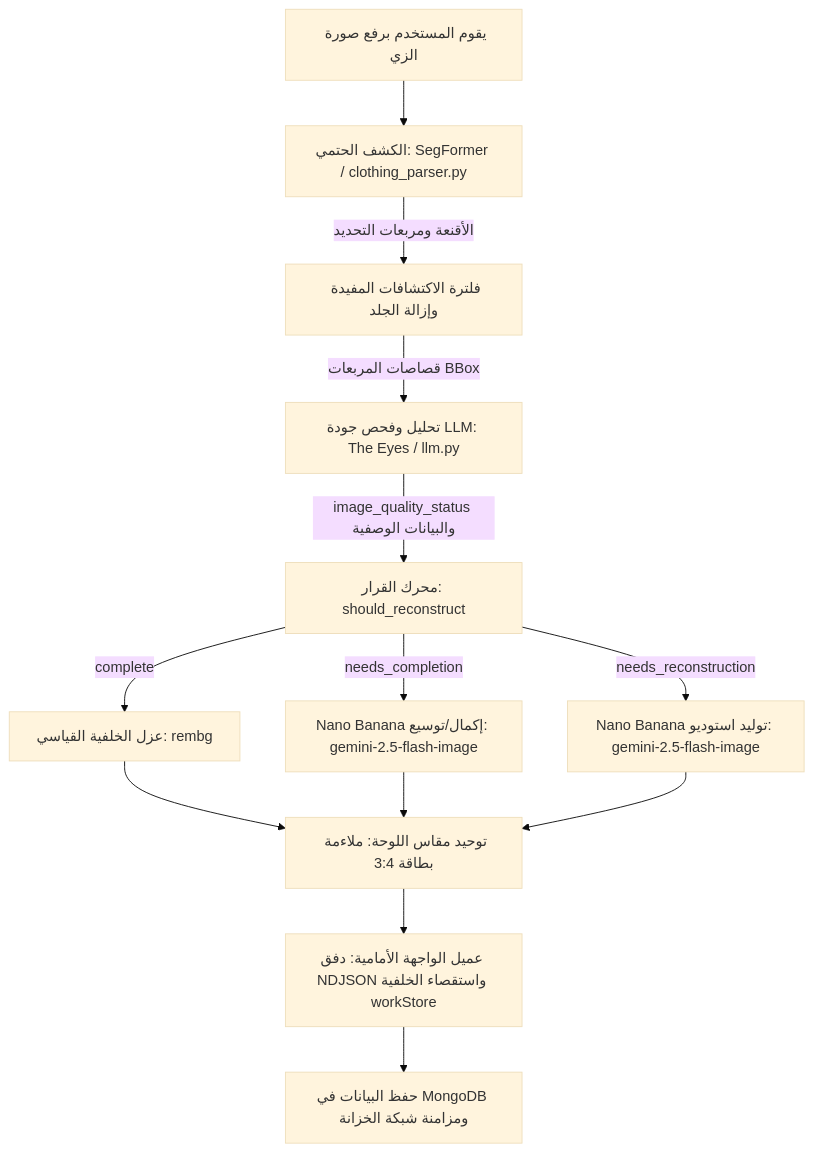
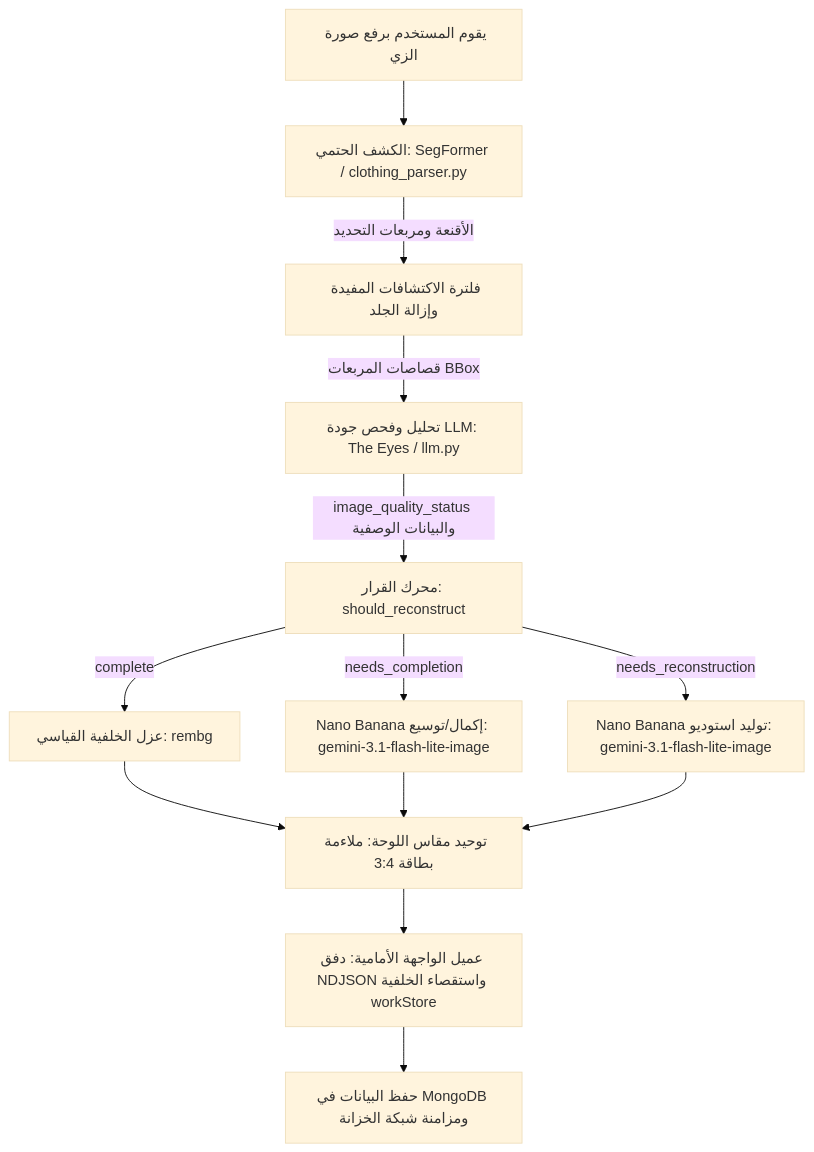
The diagram in wiki/ar/garmentvision.md (Yoram-Jacobs/DressAppV1), drawn with Mermaid (base theme) before and after one commit. The commit also changed other lines of this file and 66 other files, not shown here.

````diff
--- a/wiki/ar/garmentvision.md
+++ b/wiki/ar/garmentvision.md
@@ -18,17 +18,17 @@
 ```mermaid
 graph TD
     A[يقوم المستخدم برفع صورة الزي] --> B[الكشف الحتمي: SegFormer / clothing_parser.py]
     B -->|الأقنعة ومربعات التحديد| C[فلترة الاكتشافات المفيدة وإزالة الجلد]
     C -->|قصاصات المربعات BBox| D[تحليل وفحص جودة LLM: The Eyes / llm.py]
     D -->|image_quality_status والبيانات الوصفية| E[محرك القرار: should_reconstruct]
     
     E -->|complete| F[عزل الخلفية القياسي: rembg]
-    E -->|needs_completion| G[Nano Banana إكمال/توسيع: gemini-2.5-flash-image]
-    E -->|needs_reconstruction| H[Nano Banana توليد استوديو: gemini-2.5-flash-image]
+    E -->|needs_completion| G[Nano Banana إكمال/توسيع: gemini-3.1-flash-lite-image]
+    E -->|needs_reconstruction| H[Nano Banana توليد استوديو: gemini-3.1-flash-lite-image]
     
     F --> I[توحيد مقاس اللوحة: ملاءمة بطاقة 3:4]
     G --> I
     H --> I
     I --> J[عميل الواجهة الأمامية: دفق NDJSON واستقصاء الخلفية workStore]
     J --> K[حفظ البيانات في MongoDB ومزامنة شبكة الخزانة]
 ```
````
